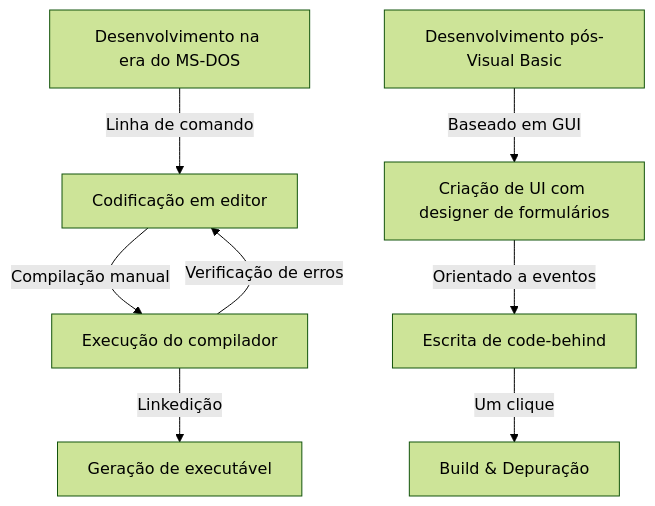
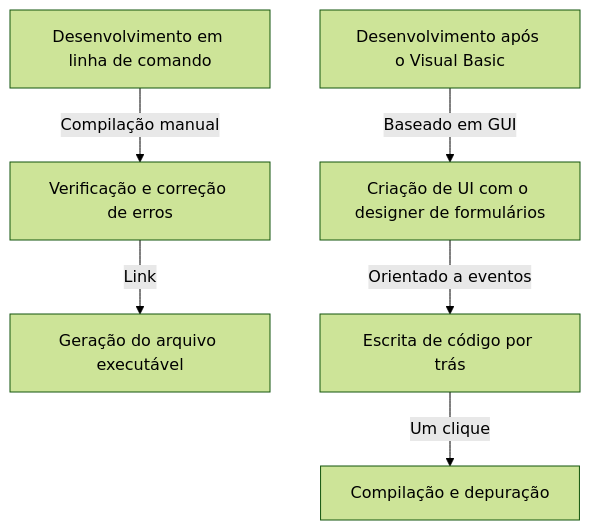
Before and after one commit to kenjinote/blog: the first of 2 diagrams in content/post/history-of-visual-studio/index.pt.md, drawn with Mermaid (forest theme). The commit also changed other lines of this file and 129 other files, not shown here.

````diff
--- a/content/post/history-of-visual-studio/index.pt.md
+++ b/content/post/history-of-visual-studio/index.pt.md
@@ -32,11 +29,9 @@
 ```mermaid
 graph TD
-    A["Desenvolvimento na era do MS-DOS"] -- "Linha de comando" --> B["Codificação em editor"]
-    B -- "Compilação manual" --> C["Execução do compilador"]
-    C -- "Verificação de erros" --> B
-    C -- "Linkedição" --> D["Geração de executável"]
+    A["Desenvolvimento em linha de comando"] -- "Compilação manual" --> B["Verificação e correção de erros"]
+    B -- "Link" --> C["Geração do arquivo executável"]
     
-    E["Desenvolvimento pós-Visual Basic"] -- "Baseado em GUI" --> F["Criação de UI com designer de formulários"]
-    F -- "Orientado a eventos" --> G["Escrita de code-behind"]
-    G -- "Um clique" --> H["Build & Depuração"]
+    D["Desenvolvimento após o Visual Basic"] -- "Baseado em GUI" --> E["Criação de UI com o designer de formulários"]
+    E -- "Orientado a eventos" --> F["Escrita de código por trás"]
+    F -- "Um clique" --> G["Compilação e depuração"]
 ```
````
